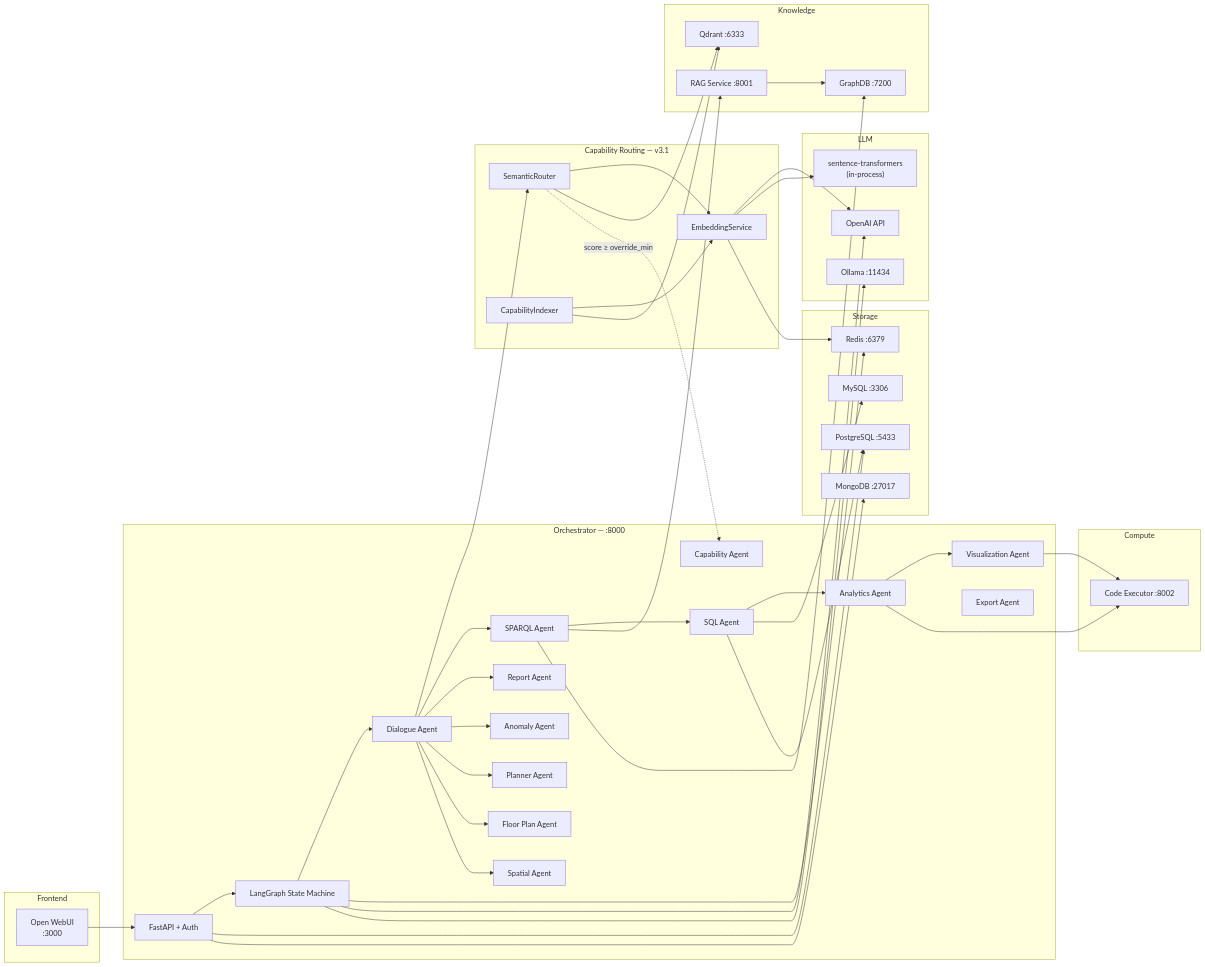
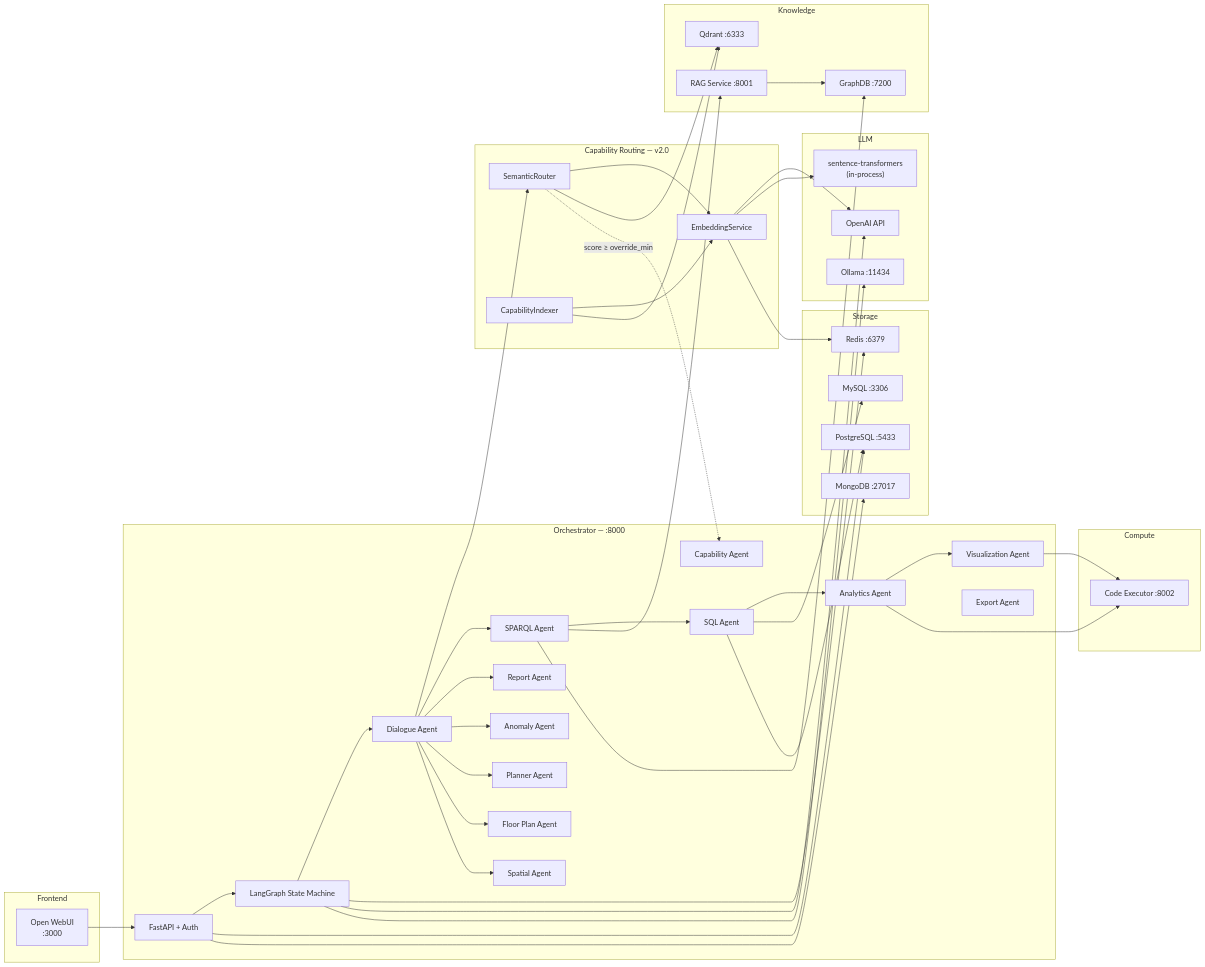
One commit to suhasdevmane/OntoSage changed the diagram in docs/ARCHITECTURE.md. Above: the diagram before and after it, drawn with Mermaid. The commit also changed other lines of this file and 13 other files, not shown here.

```diff
--- a/docs/ARCHITECTURE.md
+++ b/docs/ARCHITECTURE.md
@@ -43,7 +43,7 @@
         SQA["Spatial Agent"]
     end
 
-    subgraph "Capability Routing — v3.1"
+    subgraph "Capability Routing — v2.0"
         SR["SemanticRouter"]
         CI["CapabilityIndexer"]
         ES["EmbeddingService"]
```
